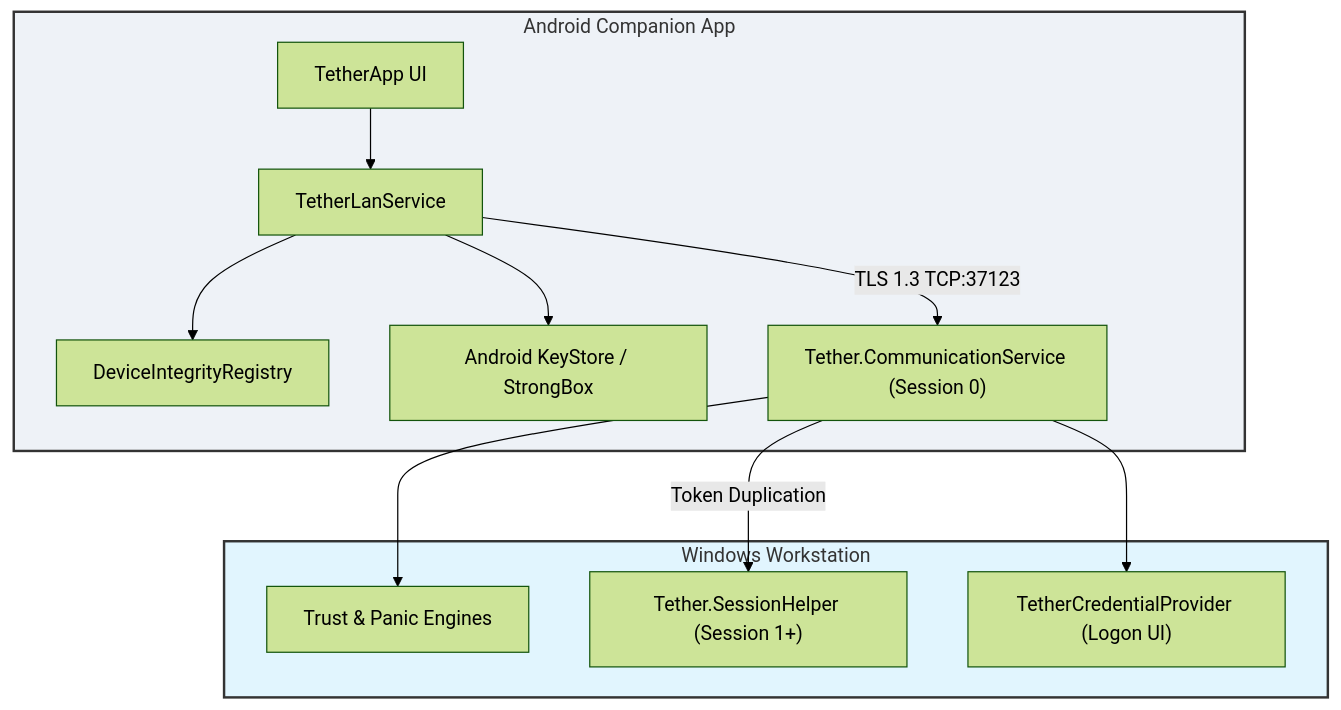
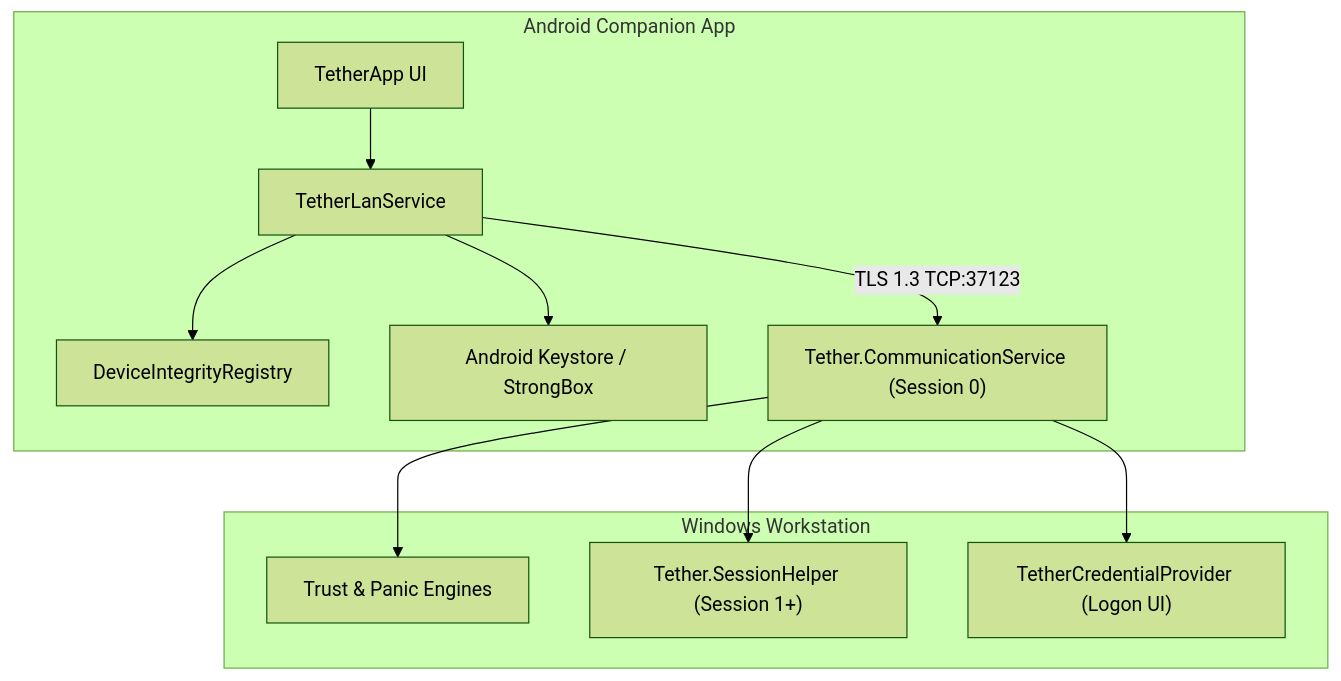
One commit to tirthsaraiya29/Tether changed the diagram in README.md. Above: the diagram before and after it, drawn with Mermaid (forest theme). The commit also changed other lines of this file, not shown here.

````diff
--- a/README.md
+++ b/README.md
@@ -101,18 +117,15 @@
 ```mermaid
 graph TD
-    subgraph AndroidDevice ["Android Companion App"]
+    subgraph AndroidDevice["Android Companion App"]
         A1["TetherApp UI"] --> A2["TetherLanService"]
         A2 --> A3["DeviceIntegrityRegistry"]
-        A2 --> A4["Android KeyStore / StrongBox"]
+        A2 --> A4["Android Keystore / StrongBox"]
         A2 -->|TLS 1.3 TCP:37123| B1
     end
 
-    subgraph WindowsHost ["Windows Workstation"]
+    subgraph WindowsHost["Windows Workstation"]
         B1["Tether.CommunicationService (Session 0)"] --> B2["Trust & Panic Engines"]
-        B1 -->|Token Duplication| B3["Tether.SessionHelper (Session 1+)"]
+        B1 --> B3["Tether.SessionHelper (Session 1+)"]
         B1 --> B5["TetherCredentialProvider (Logon UI)"]
     end
-
-    style AndroidDevice fill:#eef2f7,stroke:#333,stroke-width:2px
-    style WindowsHost fill:#e1f5fe,stroke:#333,stroke-width:2px
 ```
````
